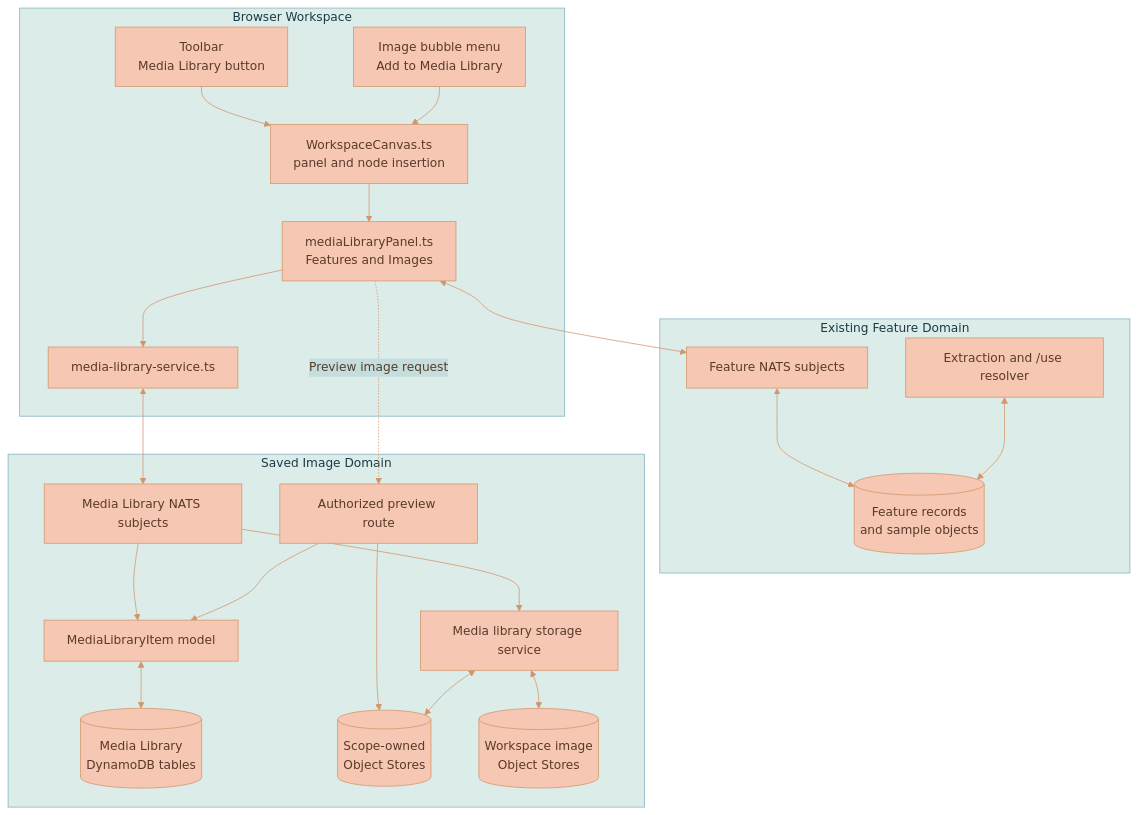
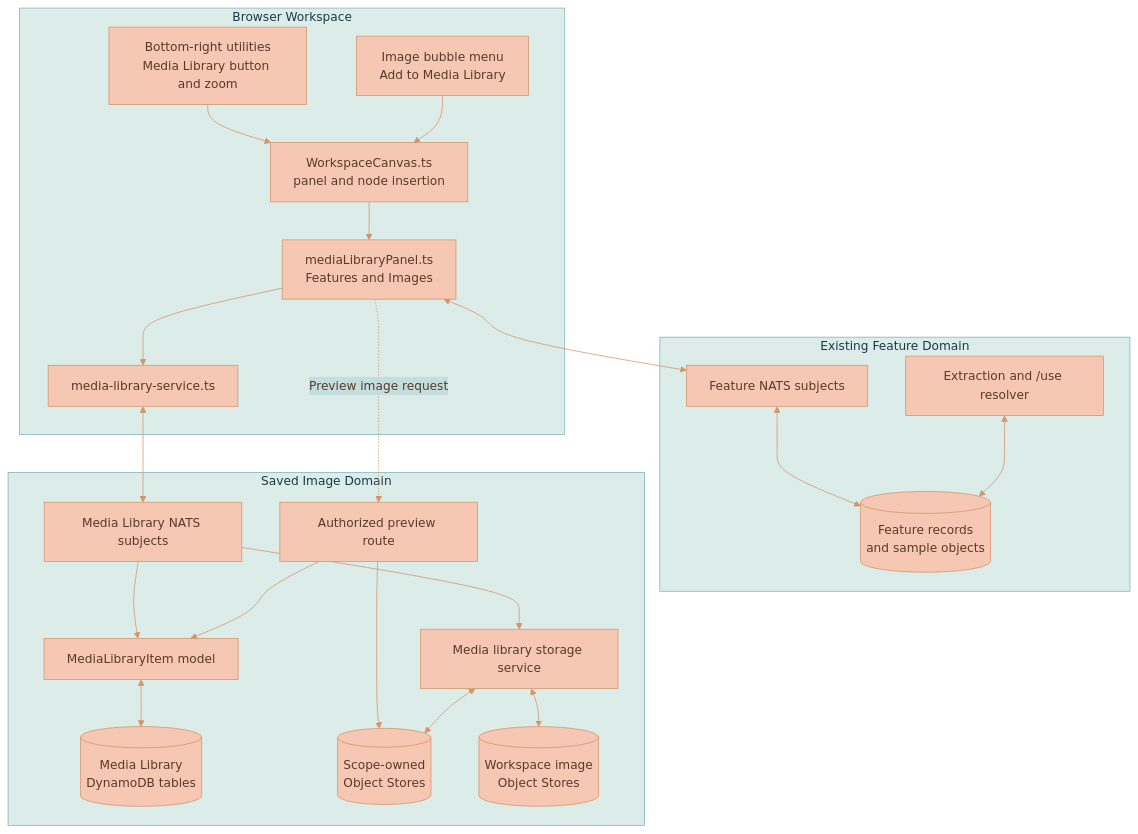
The first of 2 diagrams in documentation/features/MEDIA-LIBRARY.md (Lixpi/lixpi), drawn with Mermaid before and after one commit. The commit also changed other lines of this file and 21 other files, not shown here.

Commit message:
LIX-189 # Media Library redesign, durable Feature samples, and chat backdrop polish

````diff
--- a/documentation/features/MEDIA-LIBRARY.md
+++ b/documentation/features/MEDIA-LIBRARY.md
@@ -39,44 +39,44 @@
 ```mermaid
 %%{init: {'theme': 'base', 'themeVariables': { 'primaryColor': '#F6C7B3', 'primaryTextColor': '#5a3a2a', 'primaryBorderColor': '#d4956a', 'secondaryColor': '#C3DEDD', 'secondaryTextColor': '#1a3a47', 'secondaryBorderColor': '#4a8a9d', 'tertiaryColor': '#DCECE9', 'tertiaryTextColor': '#1a3a47', 'tertiaryBorderColor': '#82B2C0', 'lineColor': '#d4956a', 'textColor': '#5a3a2a'}}}%%
 flowchart TB
     subgraph Browser["Browser Workspace"]
-        Toolbar[Toolbar<br/>Media Library button]
+        Toolbar[Bottom-right utilities<br/>Media Library button and zoom]
         Bubble[Image bubble menu<br/>Add to Media Library]
         Canvas[WorkspaceCanvas.ts<br/>panel and node insertion]
         Panel[mediaLibraryPanel.ts<br/>Features and Images]
         ImageService[media-library-service.ts]
         Toolbar --> Canvas
         Bubble --> Canvas
         Canvas --> Panel
         Panel --> ImageService
     end
 
     subgraph FeatureDomain["Existing Feature Domain"]
         FeatureSubjects[Feature NATS subjects]
         FeatureRecords[(Feature records<br/>and sample objects)]
         Resolver[Extraction and /use resolver]
         FeatureSubjects <--> FeatureRecords
         Resolver <--> FeatureRecords
     end
 
     subgraph ImageDomain["Saved Image Domain"]
         MediaSubjects[Media Library NATS subjects]
         MediaRoutes[Authorized preview route]
         MediaModel[MediaLibraryItem model]
         MediaStorage[Media library storage service]
         MediaRecords[(Media Library<br/>DynamoDB tables)]
         LibraryObjects[(Scope-owned<br/>Object Stores)]
         WorkspaceObjects[(Workspace image<br/>Object Stores)]
         MediaSubjects --> MediaModel
         MediaSubjects --> MediaStorage
         MediaRoutes --> MediaModel
         MediaRoutes --> LibraryObjects
         MediaModel <--> MediaRecords
         MediaStorage <--> LibraryObjects
         MediaStorage <--> WorkspaceObjects
     end
 
     Panel <--> FeatureSubjects
     ImageService <--> MediaSubjects
     Panel -.->|Preview image request| MediaRoutes
 ```
````
